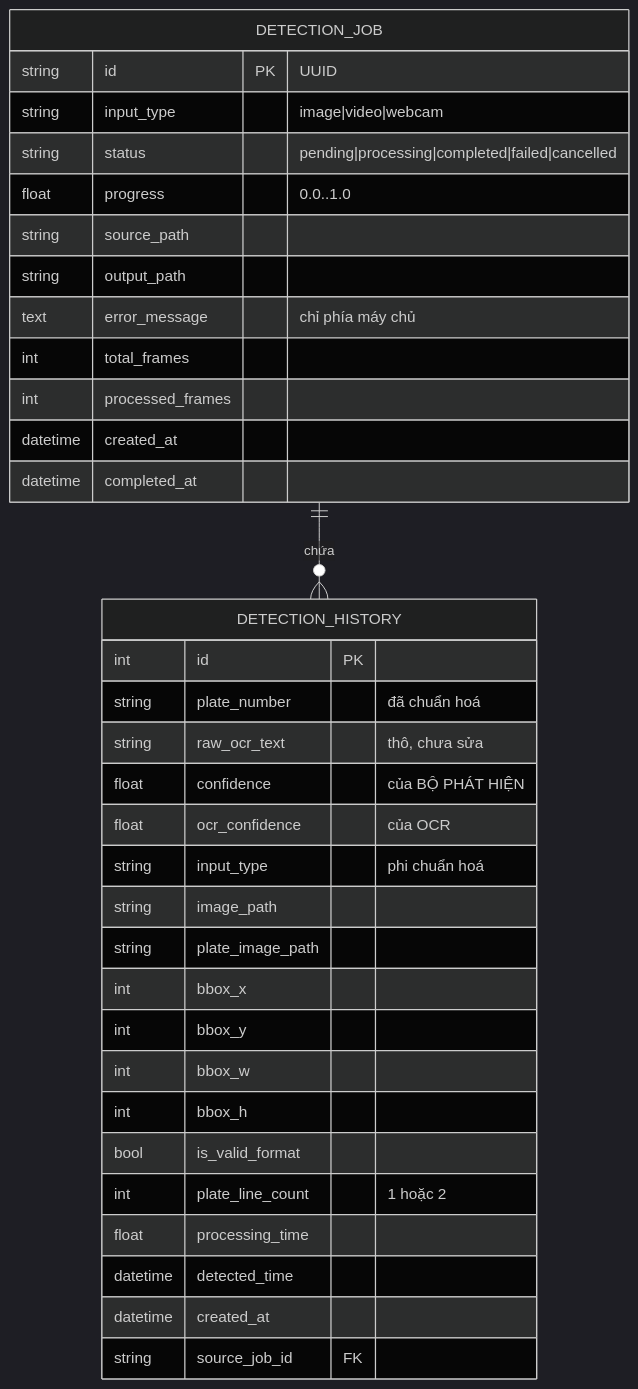
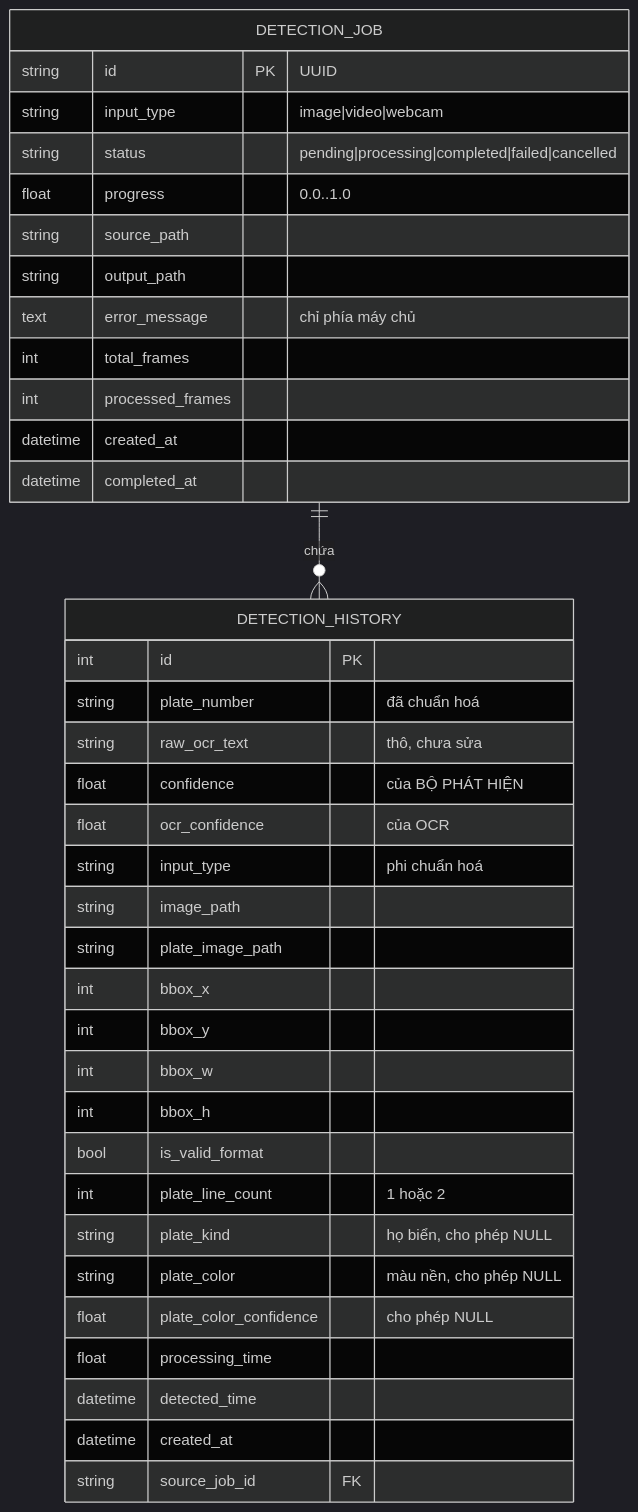
The fourth of 6 diagrams in docs/papers/ch4-cai-dat.md (hieunguyen2604/alpr-do-an-mon-hoc), drawn with Mermaid (dark theme) before and after one commit. The commit also changed other lines of this file and 67 other files, not shown here.

````diff
--- a/docs/papers/ch4-cai-dat.md
+++ b/docs/papers/ch4-cai-dat.md
@@ -620,37 +804,40 @@
 ```mermaid
 erDiagram
     DETECTION_JOB ||--o{ DETECTION_HISTORY : "chứa"
     DETECTION_JOB {
         string id PK "UUID"
         string input_type "image|video|webcam"
         string status "pending|processing|completed|failed|cancelled"
         float progress "0.0..1.0"
         string source_path
         string output_path
         text error_message "chỉ phía máy chủ"
         int total_frames
         int processed_frames
         datetime created_at
         datetime completed_at
     }
     DETECTION_HISTORY {
         int id PK
         string plate_number "đã chuẩn hoá"
         string raw_ocr_text "thô, chưa sửa"
         float confidence "của BỘ PHÁT HIỆN"
         float ocr_confidence "của OCR"
         string input_type "phi chuẩn hoá"
         string image_path
         string plate_image_path
         int bbox_x
         int bbox_y
         int bbox_w
         int bbox_h
         bool is_valid_format
         int plate_line_count "1 hoặc 2"
+        string plate_kind "họ biển, cho phép NULL"
+        string plate_color "màu nền, cho phép NULL"
+        float plate_color_confidence "cho phép NULL"
         float processing_time
         datetime detected_time
         datetime created_at
         string source_job_id FK
     }
 ```
````
